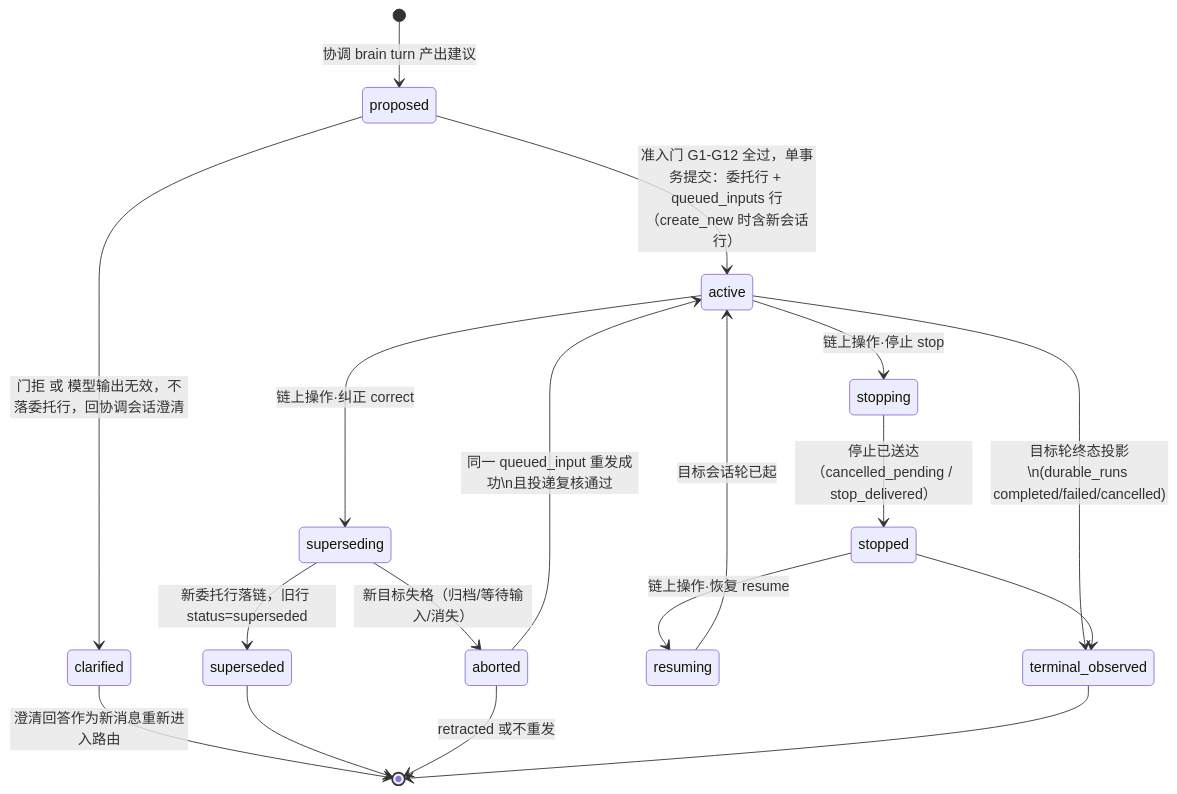
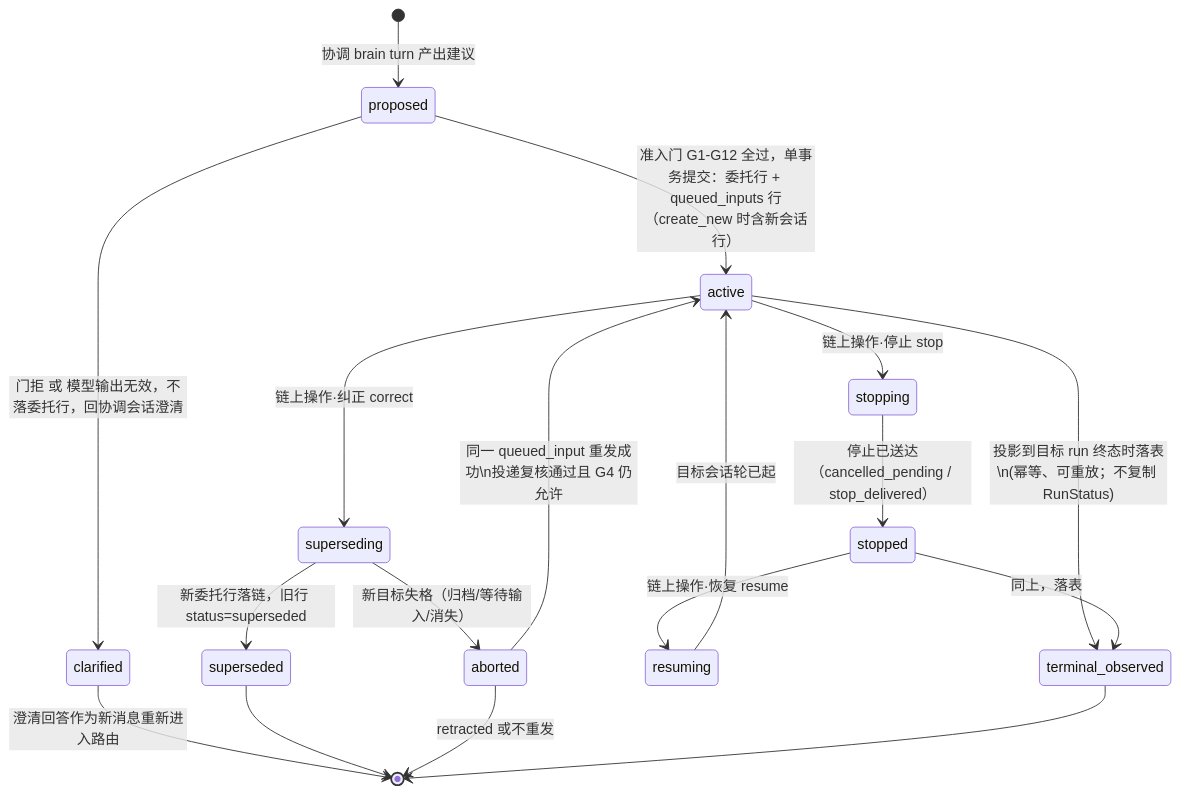
The first of 3 diagrams in docs/architecture/decisions/ADR-072-cross-session-coordination.md (baochipham942-eng/code-agent), drawn with Mermaid before and after one commit. The commit also changed other lines of this file, not shown here.

Commit message:
docs(adr): ADR-072 R3 — terminal_observed persisted for G4, delivery rules cut to invariants + build prerequisites (N-WORKHUB-ADR)

````diff
--- a/docs/architecture/decisions/ADR-072-cross-session-coordination.md
+++ b/docs/architecture/decisions/ADR-072-cross-session-coordination.md
@@ -49,25 +49,25 @@
 ```mermaid
 stateDiagram-v2
     [*] --> proposed: 协调 brain turn 产出建议
     proposed --> active: 准入门 G1-G12 全过，单事务提交：委托行 + queued_inputs 行（create_new 时含新会话行）
     proposed --> clarified: 门拒 或 模型输出无效，不落委托行，回协调会话澄清
 
     active --> superseding: 链上操作·纠正 correct
     superseding --> superseded: 新委托行落链，旧行 status=superseded
     superseding --> aborted: 新目标失格（归档/等待输入/消失）
 
     active --> stopping: 链上操作·停止 stop
     stopping --> stopped: 停止已送达（cancelled_pending / stop_delivered）
     stopped --> resuming: 链上操作·恢复 resume
     resuming --> active: 目标会话轮已起
 
-    active --> terminal_observed: 目标轮终态投影\\n(durable_runs completed/failed/cancelled)
-    stopped --> terminal_observed
+    active --> terminal_observed: 投影到目标 run 终态时落表\\n(幂等、可重放；不复制 RunStatus)
+    stopped --> terminal_observed: 同上，落表
 
-    aborted --> active: 同一 queued_input 重发成功\\n且投递复核通过
+    aborted --> active: 同一 queued_input 重发成功\\n投递复核通过且 G4 仍允许
 
     clarified --> [*]: 澄清回答作为新消息重新进入路由
     superseded --> [*]
     aborted --> [*]: retracted 或不重发
     terminal_observed --> [*]
 ```
````
